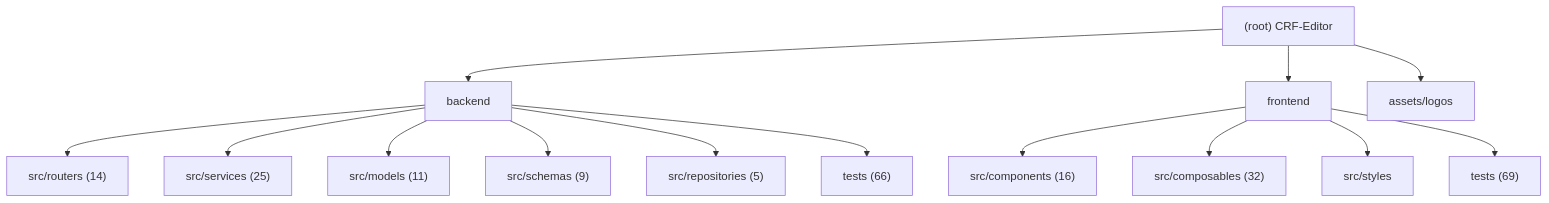
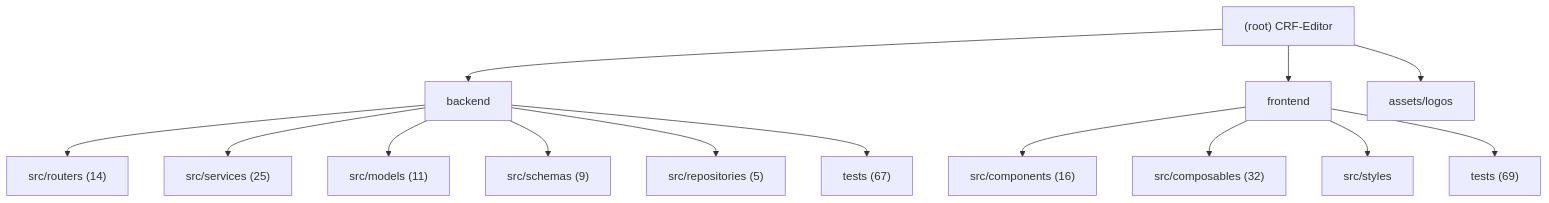
One commit to decade6666/CRF-Editor changed the diagram in .claude/CLAUDE.md. Above: the diagram before and after it, drawn with Mermaid. The commit also changed other lines of this file and 12 other files, not shown here.

````diff
--- a/.claude/CLAUDE.md
+++ b/.claude/CLAUDE.md
@@ -15,19 +15,19 @@
 ```mermaid
 graph TD
     A["(root) CRF-Editor"] --> B["backend"];
     B --> B1["src/routers (14)"];
     B --> B2["src/services (25)"];
     B --> B3["src/models (11)"];
     B --> B4["src/schemas (9)"];
     B --> B5["src/repositories (5)"];
-    B --> B6["tests (66)"];
+    B --> B6["tests (67)"];
     A --> C["frontend"];
     C --> C1["src/components (16)"];
     C --> C2["src/composables (32)"];
     C --> C3["src/styles"];
     C --> C4["tests (69)"];
     A --> D["assets/logos"];
 
     click B "./backend/.claude/CLAUDE.md" "View backend module docs"
     click C "./frontend/.claude/CLAUDE.md" "View frontend module docs"
 ```
````
